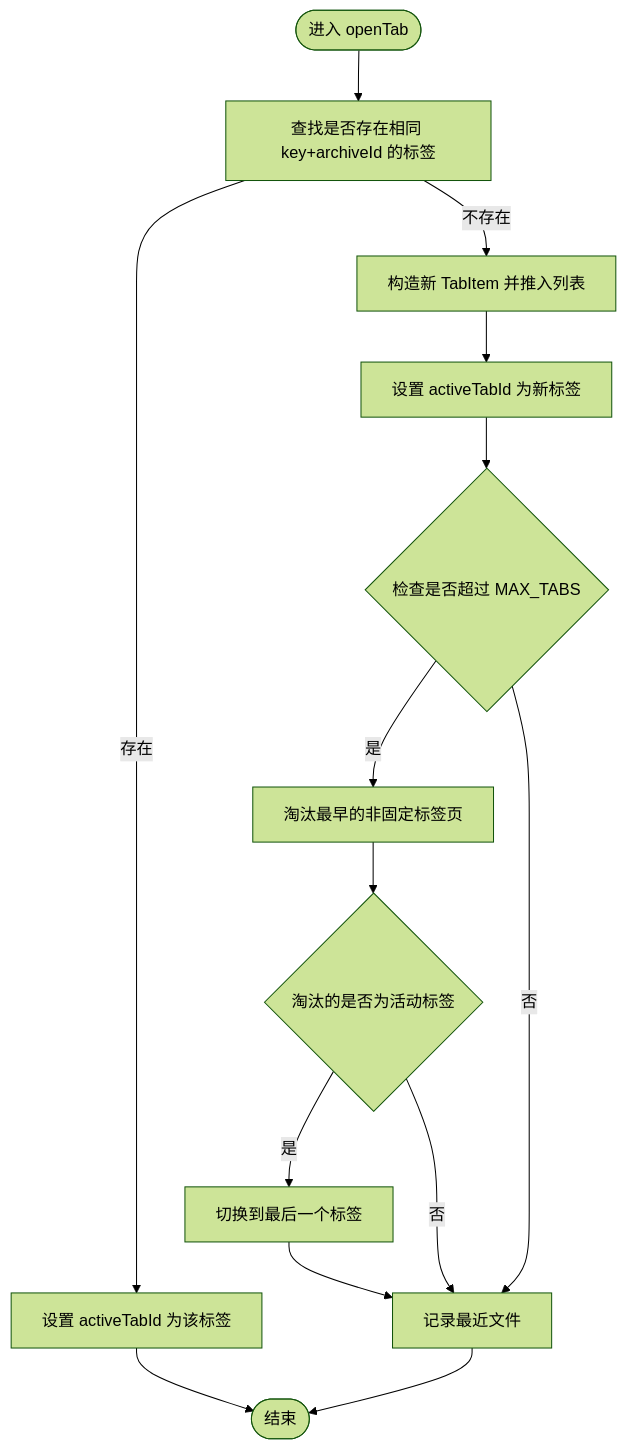
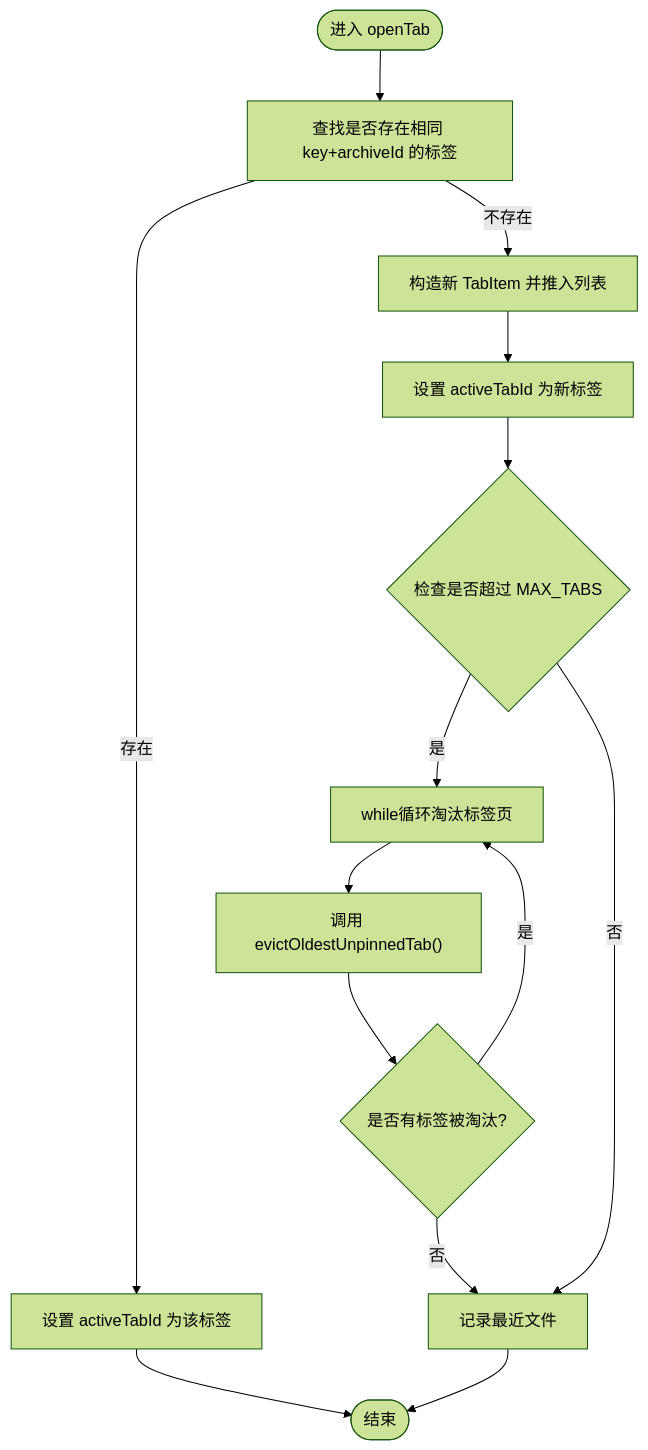
One commit to taoweidong/Hello-Tauri changed the fourth of 6 diagrams in .qoder/repowiki/zh/content/架构设计/数据流模式/组合式函数数据逻辑/标签页管理组合函数.md. Above: the diagram before and after it, drawn with Mermaid (forest theme). The commit also changed other lines of this file and 8 other files, not shown here.

````diff
--- a/.qoder/repowiki/zh/content/架构设计/数据流模式/组合式函数数据逻辑/标签页管理组合函数.md
+++ b/.qoder/repowiki/zh/content/架构设计/数据流模式/组合式函数数据逻辑/标签页管理组合函数.md
@@ -222,16 +221,16 @@
 ```mermaid
 flowchart TD
 Start(["进入 openTab"]) --> CheckDup["查找是否存在相同 key+archiveId 的标签"]
 CheckDup --> |存在| Activate["设置 activeTabId 为该标签"]
 Activate --> End(["结束"])
 CheckDup --> |不存在| Create["构造新 TabItem 并推入列表"]
 Create --> SetActive["设置 activeTabId 为新标签"]
 SetActive --> CheckLimit{"检查是否超过 MAX_TABS"}
-CheckLimit --> |是| Evict["淘汰最早的非固定标签页"]
-Evict --> UpdateActive{"淘汰的是否为活动标签"}
-UpdateActive --> |是| SwitchActive["切换到最后一个标签"]
-SwitchActive --> RecordRecent["记录最近文件"]
-UpdateActive --> |否| RecordRecent
+CheckLimit --> |是| EvictLoop["while循环淘汰标签页"]
+EvictLoop --> EvictFunc["调用 evictOldestUnpinnedTab()"]
+EvictFunc --> EvictResult{"是否有标签被淘汰?"}
+EvictResult --> |是| EvictLoop
+EvictResult --> |否| RecordRecent["记录最近文件"]
+CheckLimit --> |否| RecordRecent
 RecordRecent --> End
-CheckLimit --> |否| RecordRecent
 ```
````
